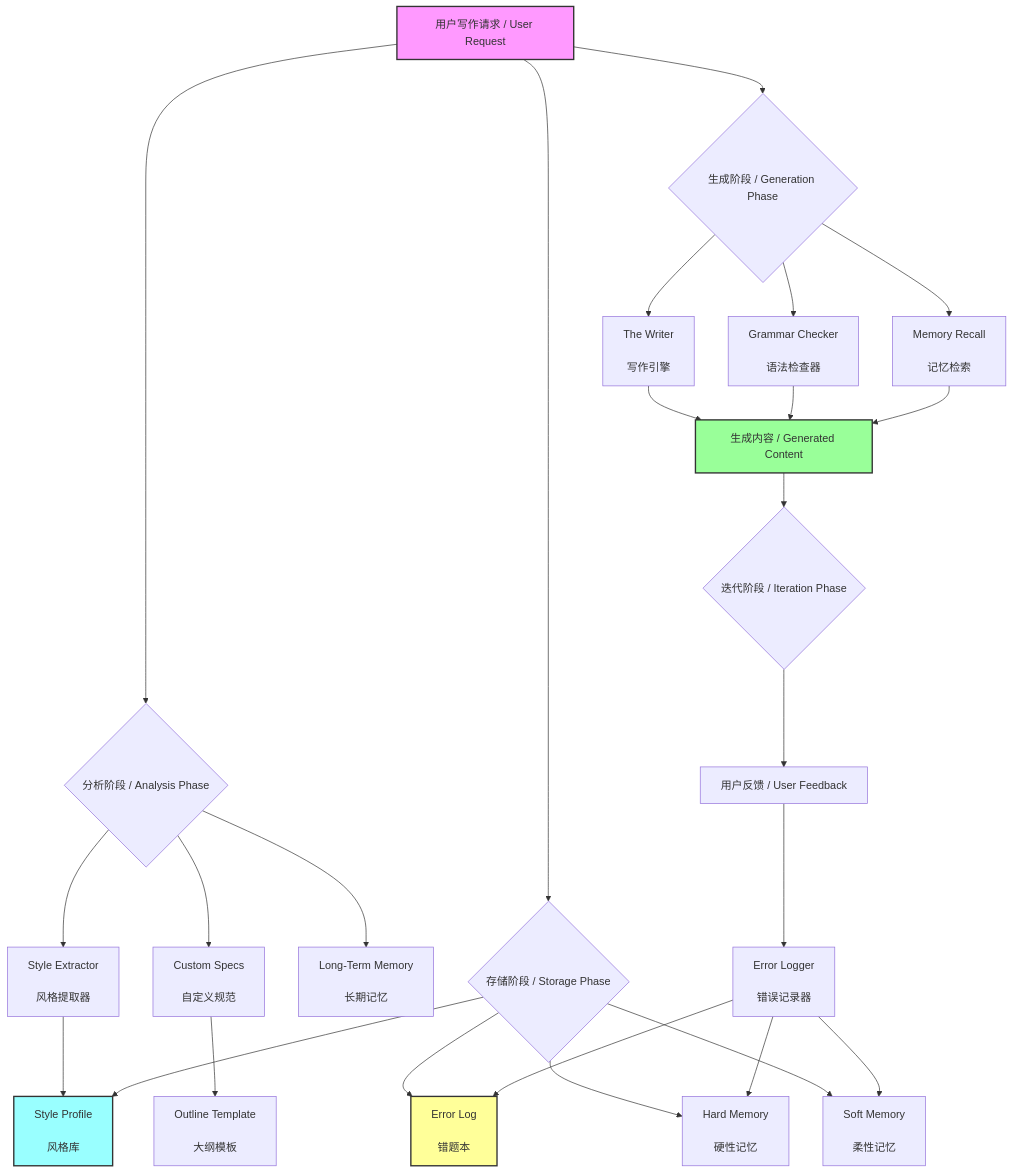
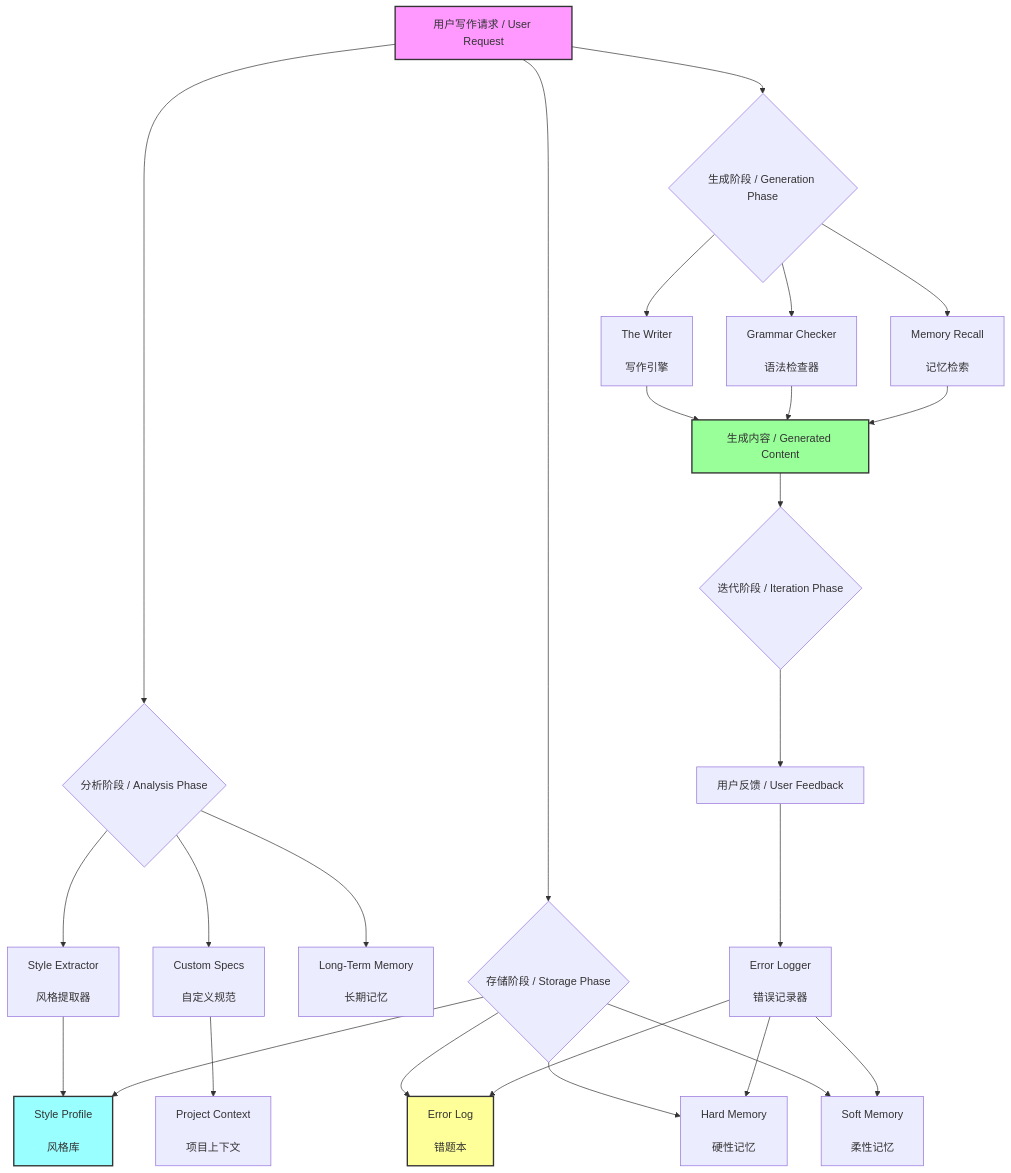
The first of 2 diagrams in opencode/skills/AI-Vibe-Writing-Skills/README.md (wenhuahuo/dotfiles), drawn with Mermaid before and after one commit. The commit also changed other lines of this file and 28 other files, not shown here.

````diff
--- a/opencode/skills/AI-Vibe-Writing-Skills/README.md
+++ b/opencode/skills/AI-Vibe-Writing-Skills/README.md
@@ -261,49 +257,49 @@
 ```mermaid
 graph TD
     A[用户写作请求 / User Request] --> B{分析阶段 / Analysis Phase}
     B --> C[Style Extractor
     <br />风格提取器]
     B --> D[Custom Specs
     <br />自定义规范]
     B --> P[Long-Term Memory
     <br />长期记忆]
     
     C --> E[Style Profile
     <br />风格库]
-    D --> F[Outline Template
-    <br />大纲模板]
+    D --> F[Project Context
+    <br />项目上下文]
     
     A --> G{存储阶段 / Storage Phase}
     G --> E
     G --> H[Error Log
     <br />错题本]
     G --> Q[Hard Memory
     <br />硬性记忆]
     G --> R[Soft Memory
     <br />柔性记忆]
     
     A --> I{生成阶段 / Generation Phase}
     I --> J[The Writer
     <br />写作引擎]
     I --> K[Grammar Checker
     <br />语法检查器]
     I --> S[Memory Recall
     <br />记忆检索]
     
     J --> L[生成内容 / Generated Content]
     K --> L
     S --> L
     
     L --> M{迭代阶段 / Iteration Phase}
     M --> N[用户反馈 / User Feedback]
     N --> O[Error Logger
     <br />错误记录器]
     O --> H
     O --> Q
     O --> R
     
     style A fill:#f9f,stroke:#333,stroke-width:2px
     style L fill:#9f9,stroke:#333,stroke-width:2px
     style H fill:#ff9,stroke:#333,stroke-width:2px
     style E fill:#9ff,stroke:#333,stroke-width:2px
 ```
````
